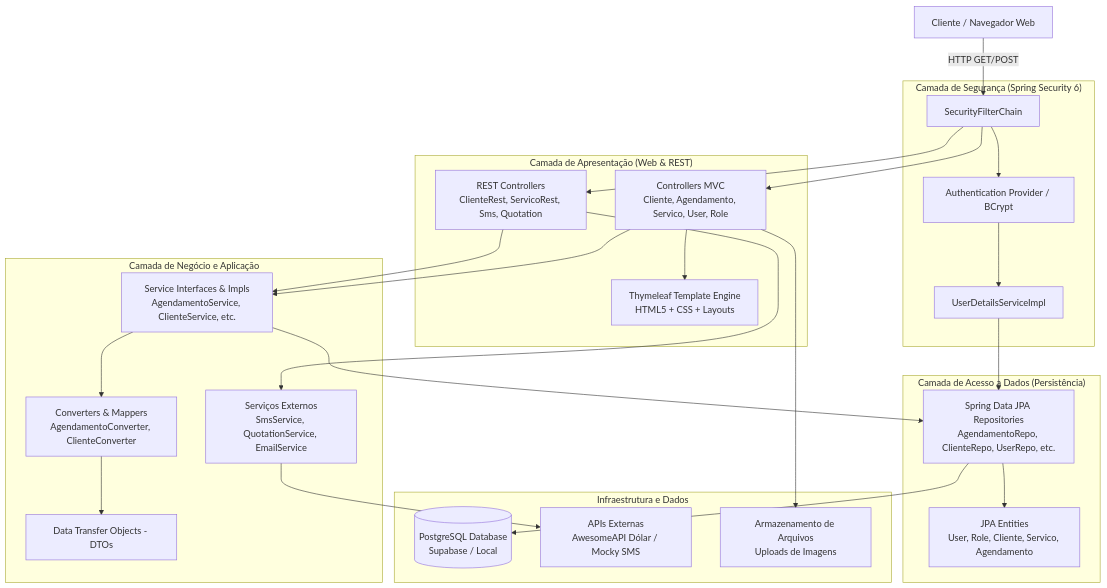
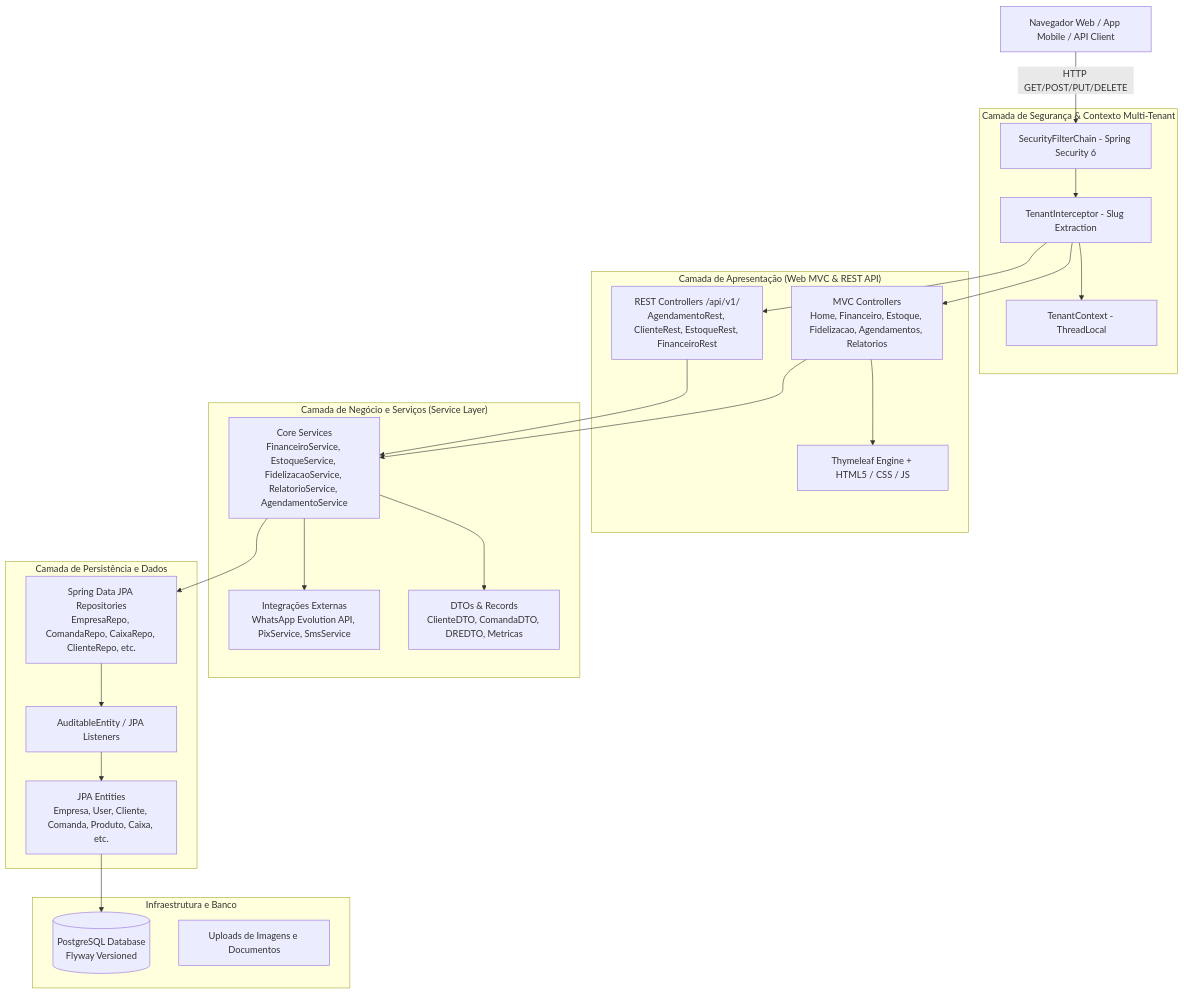
Before and after one commit to BioCamargo/beautysalon-saas: the diagram in docs/ARQUITETURA.md, drawn with Mermaid. The commit also changed other lines of this file and 51 other files, not shown here.

Commit message:
feat(core): implementacao avancada multi-tenant saas, flyway migrations, relatorios dre, anamnese e atualizacao de docs

````diff
--- a/docs/ARQUITETURA.md
+++ b/docs/ARQUITETURA.md
@@ -33,57 +32,52 @@
 ```mermaid
 graph TD
-    Client[Cliente / Navegador Web]
+    Client[Navegador Web / App Mobile / API Client]
 
-    subgraph "Camada de Segurança (Spring Security 6)"
-        FilterChain[SecurityFilterChain]
-        AuthFilter[Authentication Provider / BCrypt]
-        UserDetails[UserDetailsServiceImpl]
+    subgraph "Camada de Segurança & Contexto Multi-Tenant"
+        FilterChain[SecurityFilterChain - Spring Security 6]
+        TenantFilter[TenantInterceptor - Slug Extraction]
+        TenantContextHolder[TenantContext - ThreadLocal]
     end
 
-    subgraph "Camada de Apresentação (Web & REST)"
-        WebControllers[Controllers MVC<br/>Cliente, Agendamento, Servico, User, Role]
-        RestControllers[REST Controllers<br/>ClienteRest, ServicoRest, Sms, Quotation]
-        ThymeleafEngine[Thymeleaf Template Engine<br/>HTML5 + CSS + Layouts]
+    subgraph "Camada de Apresentação (Web MVC & REST API)"
+        WebControllers[MVC Controllers<br/>Home, Financeiro, Estoque, Fidelizacao, Agendamentos, Relatorios]
+        RestControllers[REST Controllers /api/v1/<br/>AgendamentoRest, ClienteRest, EstoqueRest, FinanceiroRest]
+        ThymeleafEngine[Thymeleaf Engine + HTML5 / CSS / JS]
     end
 
-    subgraph "Camada de Negócio e Aplicação"
-        Services[Service Interfaces & Impls<br/>AgendamentoService, ClienteService, etc.]
-        ExternalServices[Serviços Externos<br/>SmsService, QuotationService, EmailService]
-        Converters[Converters & Mappers<br/>AgendamentoConverter, ClienteConverter]
-        DTOs[Data Transfer Objects - DTOs]
+    subgraph "Camada de Negócio e Serviços (Service Layer)"
+        Services[Core Services<br/>FinanceiroService, EstoqueService, FidelizacaoService, RelatorioService, AgendamentoService]
+        ExternalServices[Integrações Externas<br/>WhatsApp Evolution API, PixService, SmsService]
+        DTOs[DTOs & Records<br/>ClienteDTO, ComandaDTO, DREDTO, Metricas]
     end
 
-    subgraph "Camada de Acesso a Dados (Persistência)"
-        Repositories[Spring Data JPA Repositories<br/>AgendamentoRepo, ClienteRepo, UserRepo, etc.]
-        Entities[JPA Entities<br/>User, Role, Cliente, Servico, Agendamento]
+    subgraph "Camada de Persistência e Dados"
+        Repositories[Spring Data JPA Repositories<br/>EmpresaRepo, ComandaRepo, CaixaRepo, ClienteRepo, etc.]
+        Auditing[AuditableEntity / JPA Listeners]
+        Entities[JPA Entities<br/>Empresa, User, Cliente, Comanda, Produto, Caixa, etc.]
     end
 
-    subgraph "Infraestrutura e Dados"
-        Database[(PostgreSQL Database<br/>Supabase / Local)]
-        ExtAPIs[APIs Externas<br/>AwesomeAPI Dólar / Mocky SMS]
-        FileSystem[Armazenamento de Arquivos<br/>Uploads de Imagens]
+    subgraph "Infraestrutura e Banco"
+        Database[(PostgreSQL Database<br/>Flyway Versioned)]
+        CloudStorage[Uploads de Imagens e Documentos]
     end
 
-    Client -->|HTTP GET/POST| FilterChain
-    FilterChain --> AuthFilter
-    AuthFilter --> UserDetails
-    UserDetails --> Repositories
+    Client -->|HTTP GET/POST/PUT/DELETE| FilterChain
+    FilterChain --> TenantFilter
+    TenantFilter --> TenantContextHolder
 
-    FilterChain --> WebControllers
-    FilterChain --> RestControllers
+    TenantFilter --> WebControllers
+    TenantFilter --> RestControllers
 
     WebControllers --> ThymeleafEngine
     WebControllers --> Services
     RestControllers --> Services
-    RestControllers --> ExternalServices
 
-    Services --> Converters
-    Converters --> DTOs
+    Services --> DTOs
     Services --> Repositories
-    ExternalServices --> ExtAPIs
+    Services --> ExternalServices
 
-    WebControllers --> FileSystem
-
-    Repositories --> Entities
-    Repositories --> Database
+    Repositories --> Auditing
+    Auditing --> Entities
+    Entities --> Database
 ```
````
